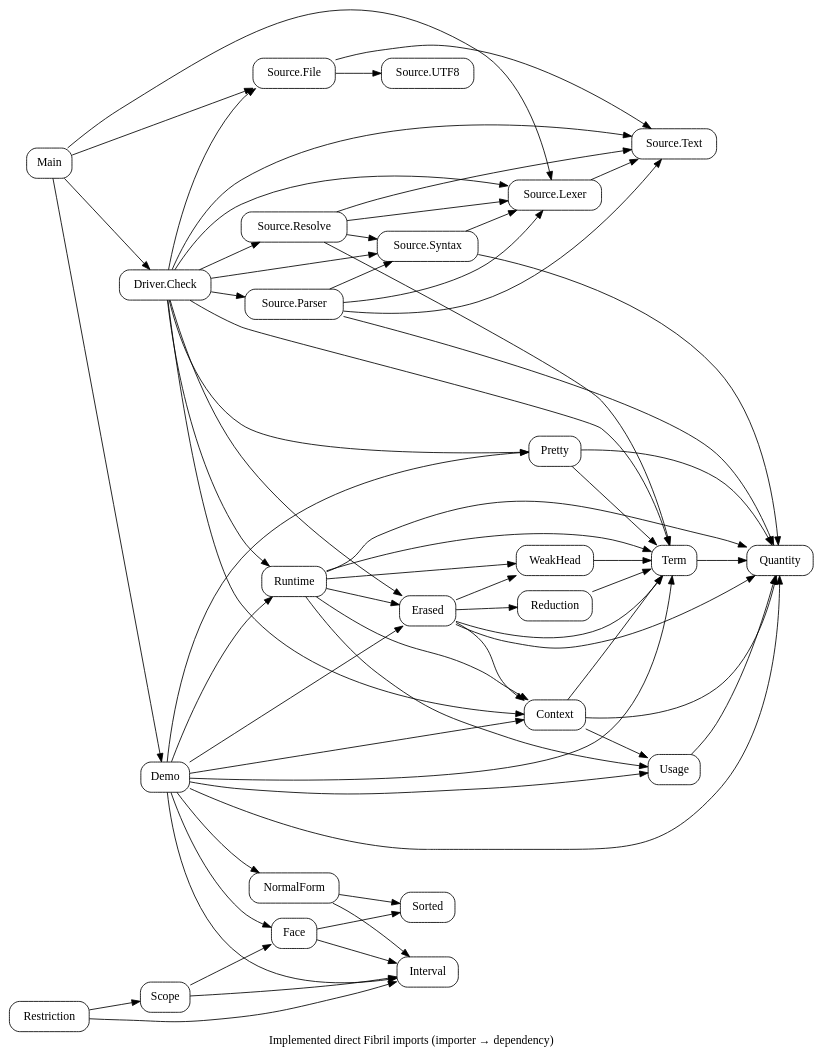
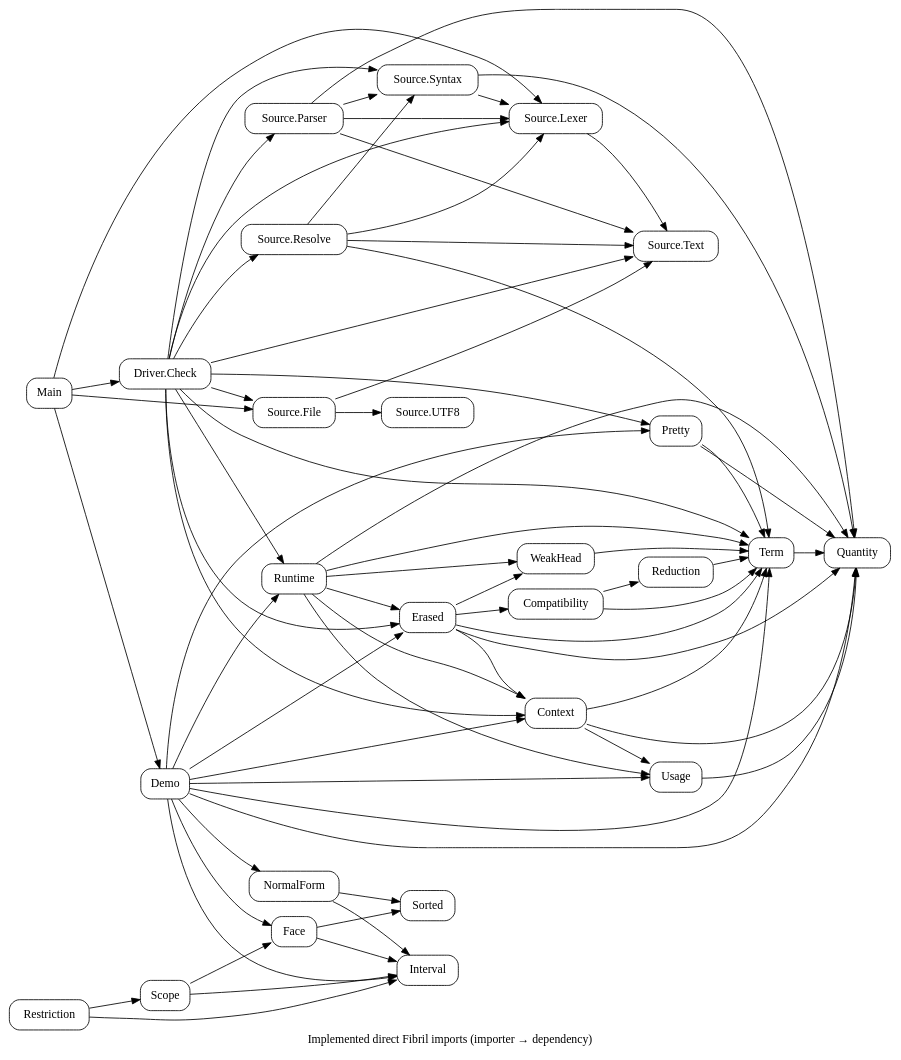
The diagram in docs/diagrams/modules.dot (odunboye/fibril), drawn with Graphviz before and after one commit. The commit also changed 20 other files, not shown here.

```diff
--- a/docs/diagrams/modules.dot
+++ b/docs/diagrams/modules.dot
@@ -1,22 +1,23 @@
 digraph Modules {
 rankdir=LR; node [shape=box,style=rounded];
 "Source.File" -> {"Source.UTF8" "Source.Text"};
 Main -> {"Source.File" "Source.Lexer"};
 "Source.Lexer" -> "Source.Text";
 "Source.Syntax" -> {Quantity "Source.Lexer"};
 "Source.Parser" -> {Quantity "Source.Text" "Source.Lexer" "Source.Syntax"};
 "Source.Resolve" -> {Term "Source.Text" "Source.Lexer" "Source.Syntax"};
 "Driver.Check" -> {"Source.Text" "Source.Lexer" "Source.Syntax" "Source.Parser" "Source.Resolve" "Source.File" Term Context Pretty Erased Runtime};
 Main -> "Driver.Check";
 Quantity; Interval; NormalForm; Face; Scope; Restriction; Term;
 NormalForm -> {Interval Sorted}; Face -> {Interval Sorted};
 Scope -> {Interval Face}; Restriction -> {Interval Scope};
 Demo -> {Quantity Term Context Usage Pretty Erased Runtime Interval NormalForm Face};
 Main -> Demo;
 Pretty -> {Quantity Term};
 Term -> Quantity; Usage -> Quantity; Context -> {Quantity Term Usage};
 Reduction -> Term; WeakHead -> Term;
-Erased -> {Quantity Term Context Reduction WeakHead};
+Compatibility -> {Term Reduction};
+Erased -> {Quantity Term Context Compatibility WeakHead};
 Runtime -> {Quantity Term Context Usage WeakHead Erased};
 label="Implemented direct Fibril imports (importer → dependency)";
 }
```
